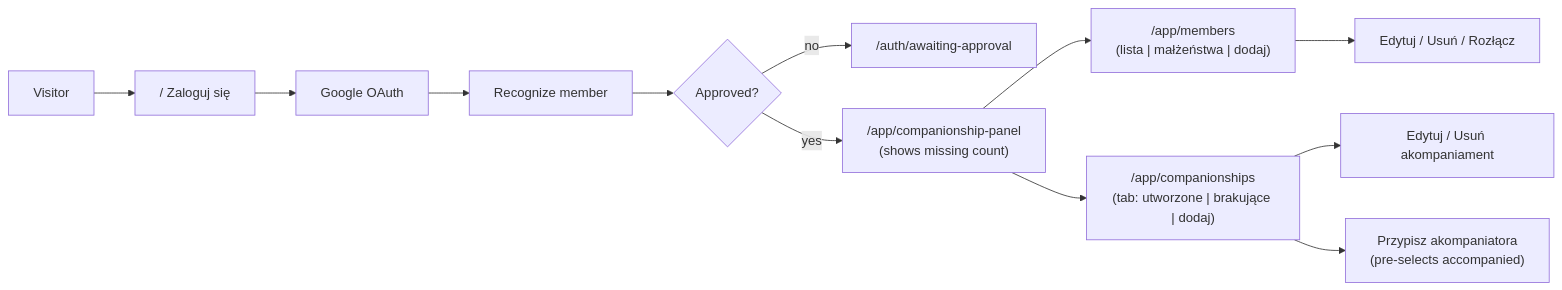
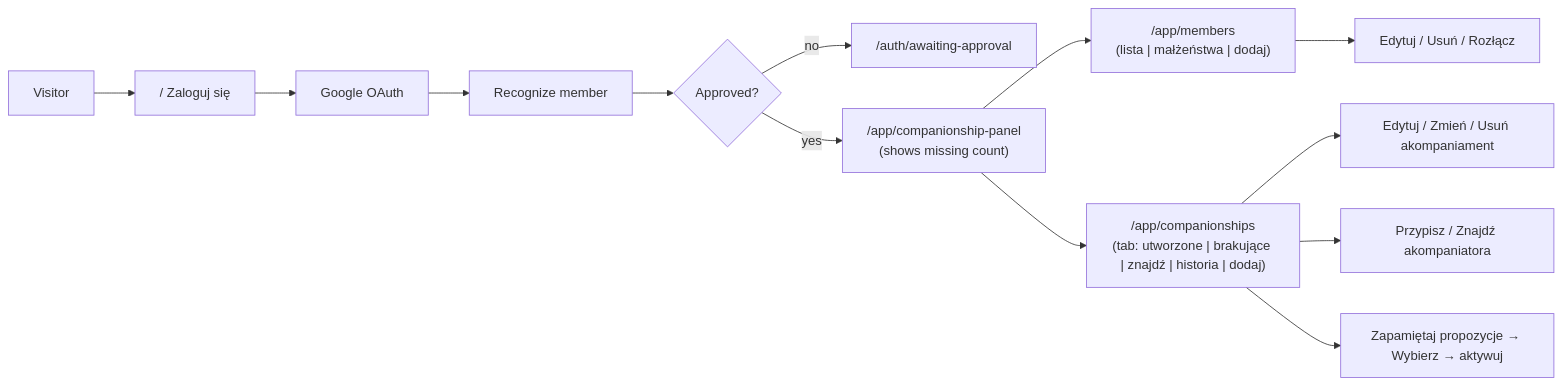
The first of 2 diagrams in docs/README.md (greg-latuszek/emma-companionship), drawn with Mermaid before and after one commit. The commit also changed 2 other files, not shown here.

Commit message:
Document Find Companion proposed→choose→activate in live architecture docs.

````diff
--- a/docs/README.md
+++ b/docs/README.md
@@ -9,14 +9,15 @@
 ```mermaid
 flowchart LR
   visitor[Visitor] --> home["/ Zaloguj się"]
   home --> google[Google OAuth]
   google --> recognize[Recognize member]
   recognize --> pending{Approved?}
   pending -->|no| wait["/auth/awaiting-approval"]
   pending -->|yes| panel["/app/companionship-panel\n(shows missing count)"]
   panel --> members["/app/members\n(lista | małżeństwa | dodaj)"]
   members --> edit["Edytuj / Usuń / Rozłącz"]
-  panel --> companionships["/app/companionships\n(tab: utworzone | brakujące | dodaj)"]
-  companionships --> editRel["Edytuj / Usuń akompaniament"]
-  companionships --> assign["Przypisz akompaniatora\n(pre-selects accompanied)"]
+  panel --> companionships["/app/companionships\n(tab: utworzone | brakujące | znajdź | historia | dodaj)"]
+  companionships --> editRel["Edytuj / Zmień / Usuń akompaniament"]
+  companionships --> assign["Przypisz / Znajdź akompaniatora"]
+  companionships --> find["Zapamiętaj propozycje → Wybierz → aktywuj"]
 ```
````
